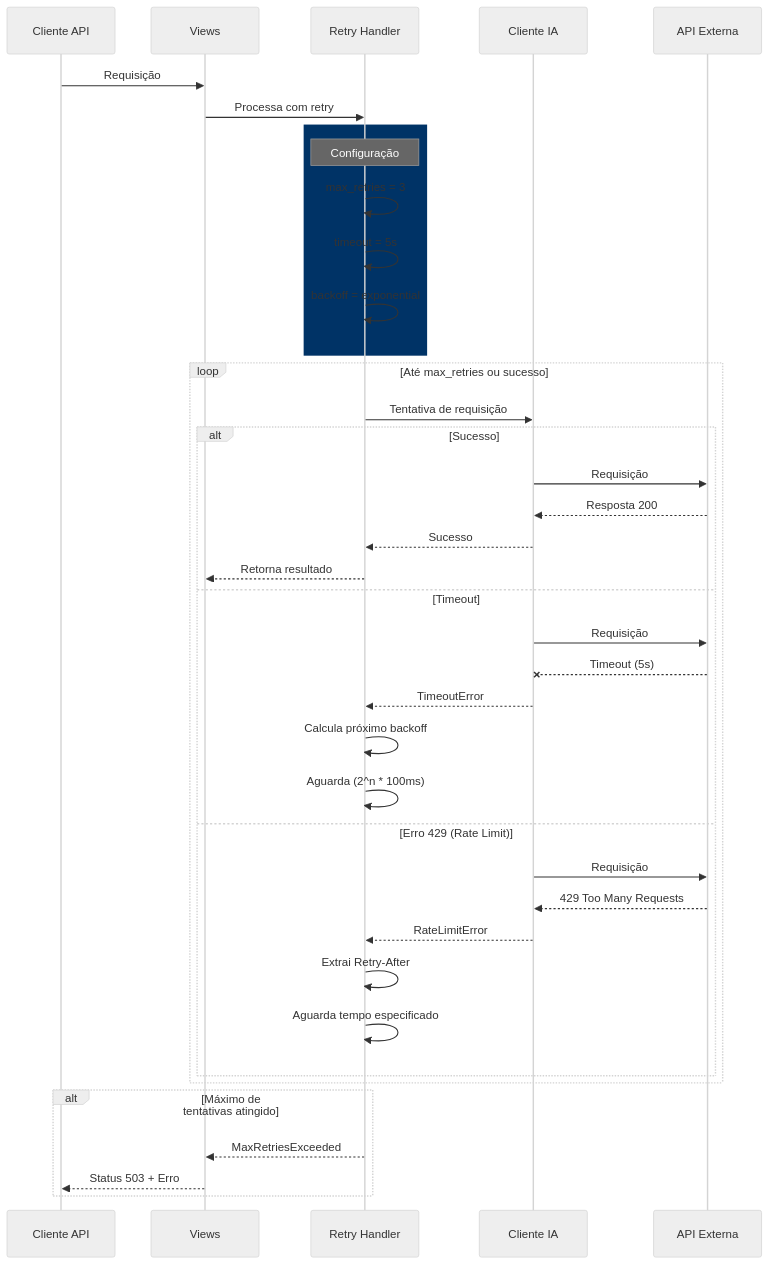
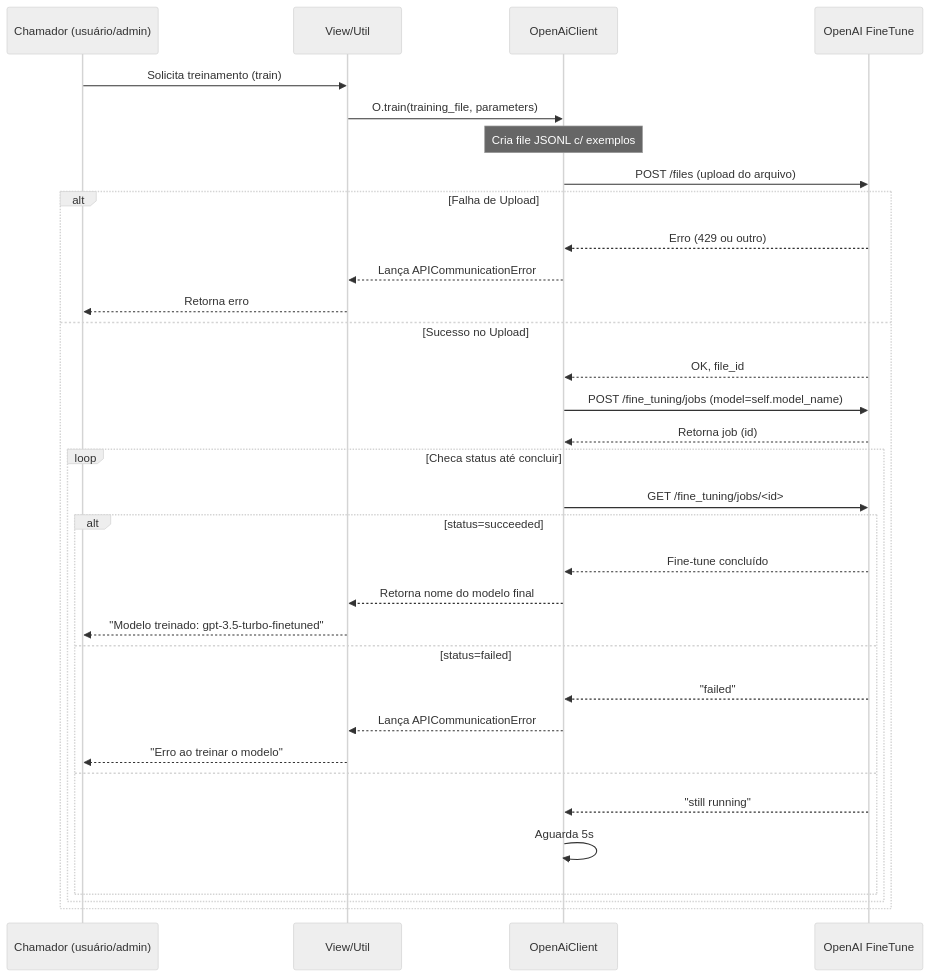
Before and after one commit to diegogrosmann/EnsinaNet.AI: diagram 33 of 34 in README.md, drawn with Mermaid (neutral theme). The commit also changed other lines of this file and 14 other files, not shown here.

Commit message:
Adiciona painel de monitoramento da API com logs de requisições, incluindo novas rotas, modelo APILog e visualização de dados filtrados por usuário.

````diff
--- a/README.md
+++ b/README.md
@@ -1613,46 +1588,39 @@
 ```mermaid
 sequenceDiagram
-    participant C as Cliente API
-    participant V as Views
-    participant R as Retry Handler
-    participant IA as Cliente IA
-    participant API as API Externa
+    participant C as Chamador (usuário/admin)
+    participant V as View/Util
+    participant O as OpenAiClient
+    participant API as OpenAI FineTune
 
-    C->>V: Requisição
-    V->>R: Processa com retry
-    
-    rect rgb(0, 51, 102)
-        Note over R: Configuração
-        R->>R: max_retries = 3
-        R->>R: timeout = 5s
-        R->>R: backoff = exponential
-    end
-    
-    loop Até max_retries ou sucesso
-        R->>IA: Tentativa de requisição
+    C->>V: Solicita treinamento (train)
+    V->>O: O.train(training_file, parameters)
+
+    Note over O: Cria file JSONL c/ exemplos
+    O->>API: POST /files (upload do arquivo)
+
+    alt Falha de Upload
+        API-->>O: Erro (429 ou outro)
+        O-->>V: Lança APICommunicationError
+        V-->>C: Retorna erro
+    else Sucesso no Upload
+        API-->>O: OK, file_id
+        O->>API: POST /fine_tuning/jobs (model=self.model_name)
+        API-->>O: Retorna job (id)
         
-        alt Sucesso
-            IA->>API: Requisição
-            API-->>IA: Resposta 200
-            IA-->>R: Sucesso
-            R-->>V: Retorna resultado
-        else Timeout
-            IA->>API: Requisição
-            API--xIA: Timeout (5s)
-            IA-->>R: TimeoutError
-            R->>R: Calcula próximo backoff
-            R->>R: Aguarda (2^n * 100ms)
-        else Erro 429 (Rate Limit)
-            IA->>API: Requisição
-            API-->>IA: 429 Too Many Requests
-            IA-->>R: RateLimitError
-            R->>R: Extrai Retry-After
-            R->>R: Aguarda tempo especificado
+        loop Checa status até concluir
+            O->>API: GET /fine_tuning/jobs/<id>
+            alt status=succeeded
+                API-->>O: Fine-tune concluído
+                O-->>V: Retorna nome do modelo final
+                V-->>C: "Modelo treinado: gpt-3.5-turbo-finetuned"
+            else status=failed
+                API-->>O: "failed"
+                O-->>V: Lança APICommunicationError
+                V-->>C: "Erro ao treinar o modelo"
+            else
+                API-->>O: "still running"
+                O->>O: Aguarda 5s
+            end
         end
     end
-    
-    alt Máximo de tentativas atingido
-        R-->>V: MaxRetriesExceeded
-        V-->>C: Status 503 + Erro
-    end
 ```
````
